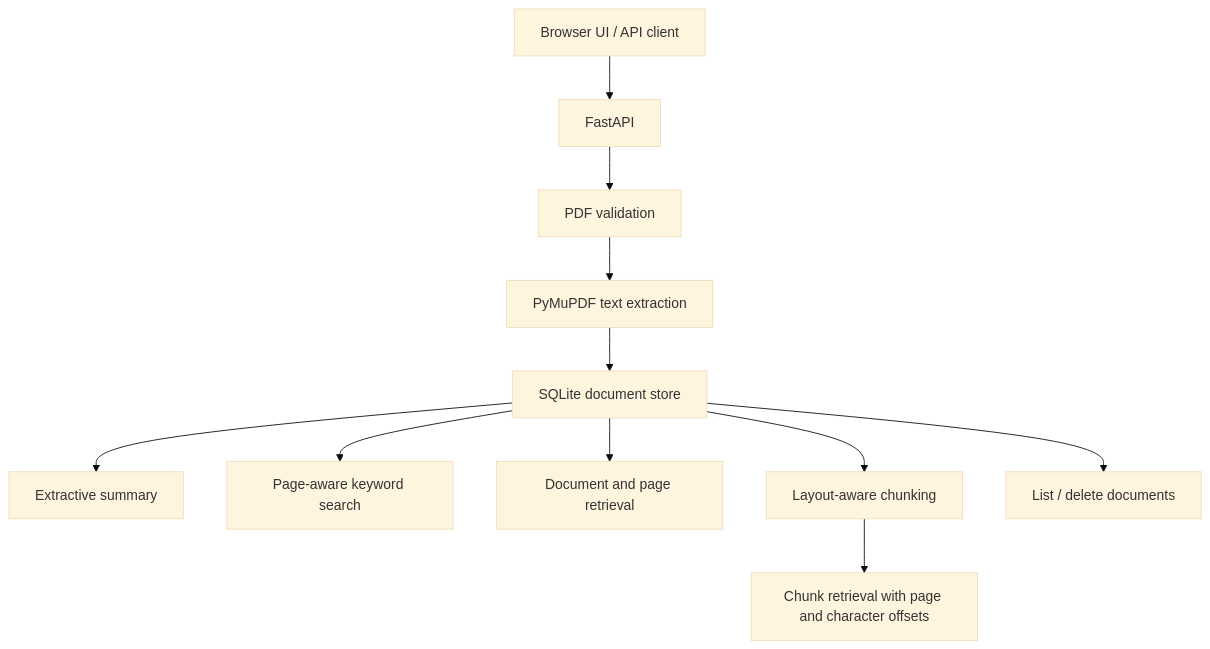
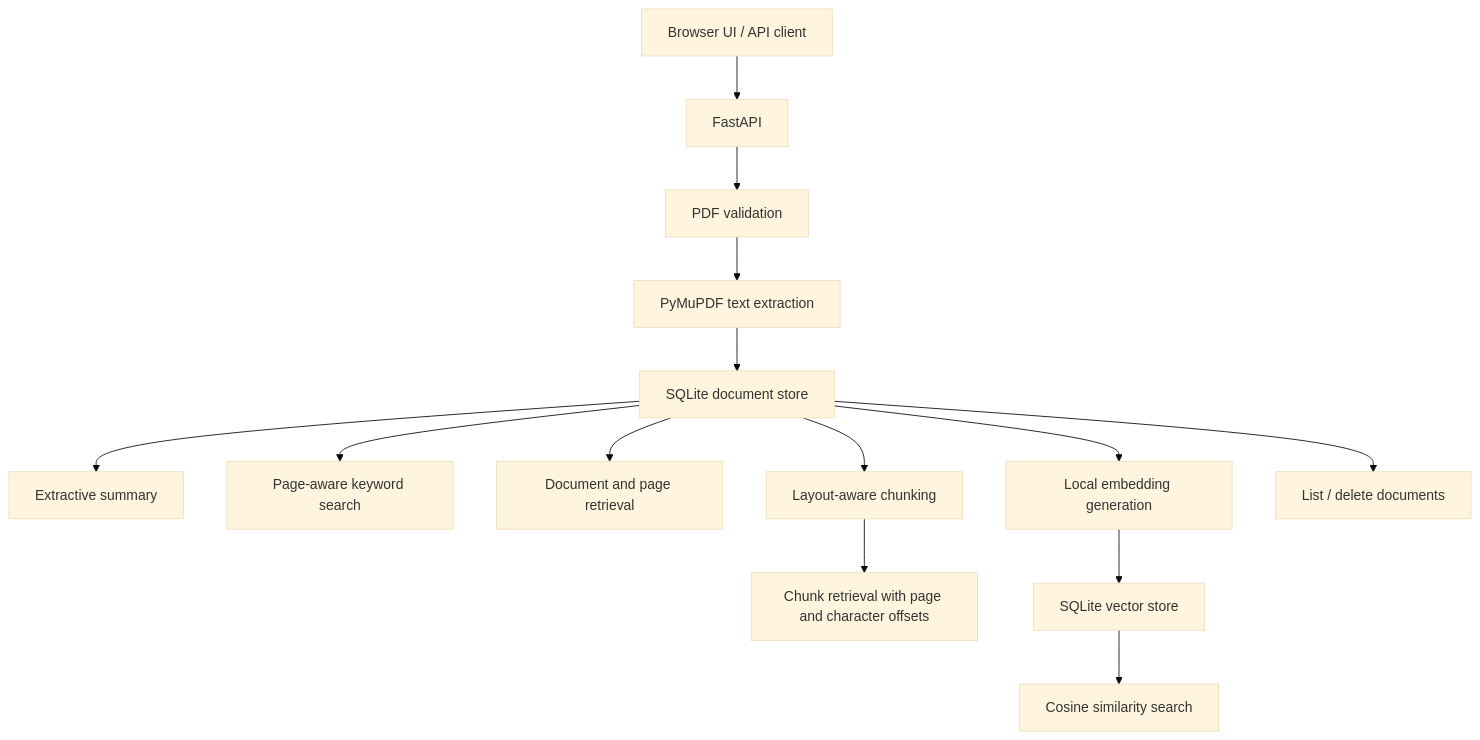
Before and after one commit to poojapansare18/documind-ai: the diagram in README.md, drawn with Mermaid (base theme). The commit also changed other lines of this file and 4 other files, not shown here.

First line of the commit message:
Add local embeddings and semantic document search (#6)

````diff
--- a/README.md
+++ b/README.md
@@ -26,13 +28,16 @@
 ```mermaid
 flowchart TD
     A[Browser UI / API client] --> B[FastAPI]
     B --> C[PDF validation]
     C --> D[PyMuPDF text extraction]
     D --> E[SQLite document store]
     E --> F[Extractive summary]
     E --> G[Page-aware keyword search]
     E --> H[Document and page retrieval]
     E --> I[Layout-aware chunking]
     I --> J[Chunk retrieval with page and character offsets]
-    E --> K[List / delete documents]
+    E --> K[Local embedding generation]
+    K --> L[SQLite vector store]
+    L --> M[Cosine similarity search]
+    E --> N[List / delete documents]
 ```
````
